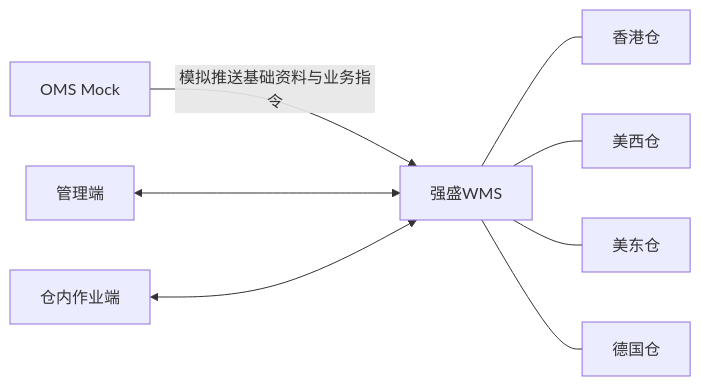
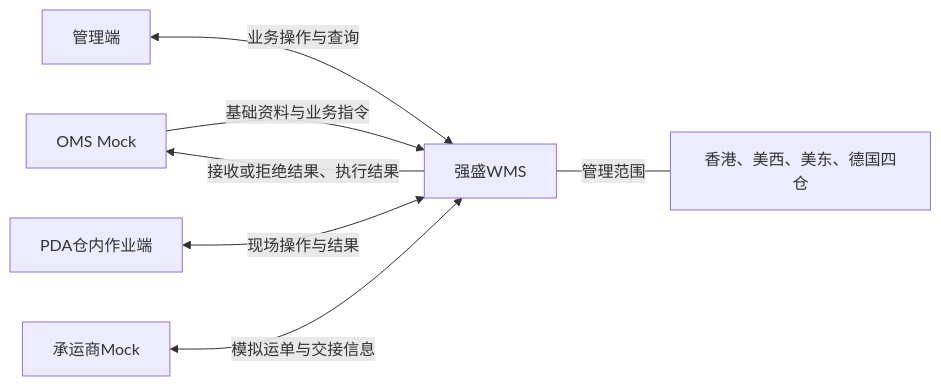
One commit to TopVitamin/QS-WMS-Project changed the first of 2 diagrams in 01-全局背景信息/03-能力蓝图与系统架构.md. Above: the diagram before and after it, drawn with Mermaid. The commit also changed other lines of this file and 63 other files, not shown here.

````diff
--- a/01-全局背景信息/03-能力蓝图与系统架构.md
+++ b/01-全局背景信息/03-能力蓝图与系统架构.md
@@ -20,10 +26,9 @@
 ```mermaid
 flowchart LR
-    M[OMS Mock] -->|模拟推送基础资料与业务指令| W[强盛WMS]
-    A[管理端] <--> W
-    B[仓内作业端] <--> W
-    W --- H[香港仓]
-    W --- U[美西仓]
-    W --- E[美东仓]
-    W --- G[德国仓]
+    M["OMS Mock"] -->|基础资料与业务指令| W["强盛WMS"]
+    W -->|接收或拒绝结果、执行结果| M
+    A["管理端"] <-->|业务操作与查询| W
+    B["PDA仓内作业端"] <-->|现场操作与结果| W
+    L["承运商Mock"] <-->|模拟运单与交接信息| W
+    W ---|管理范围| H["香港、美西、美东、德国四仓"]
 ```
````
